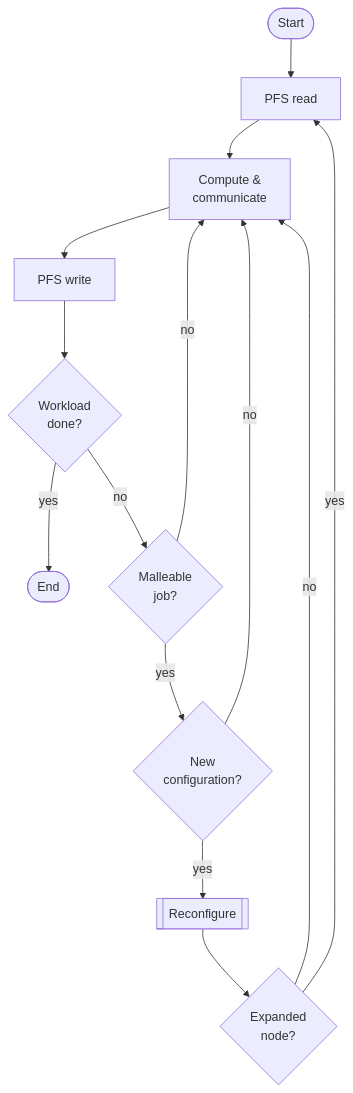
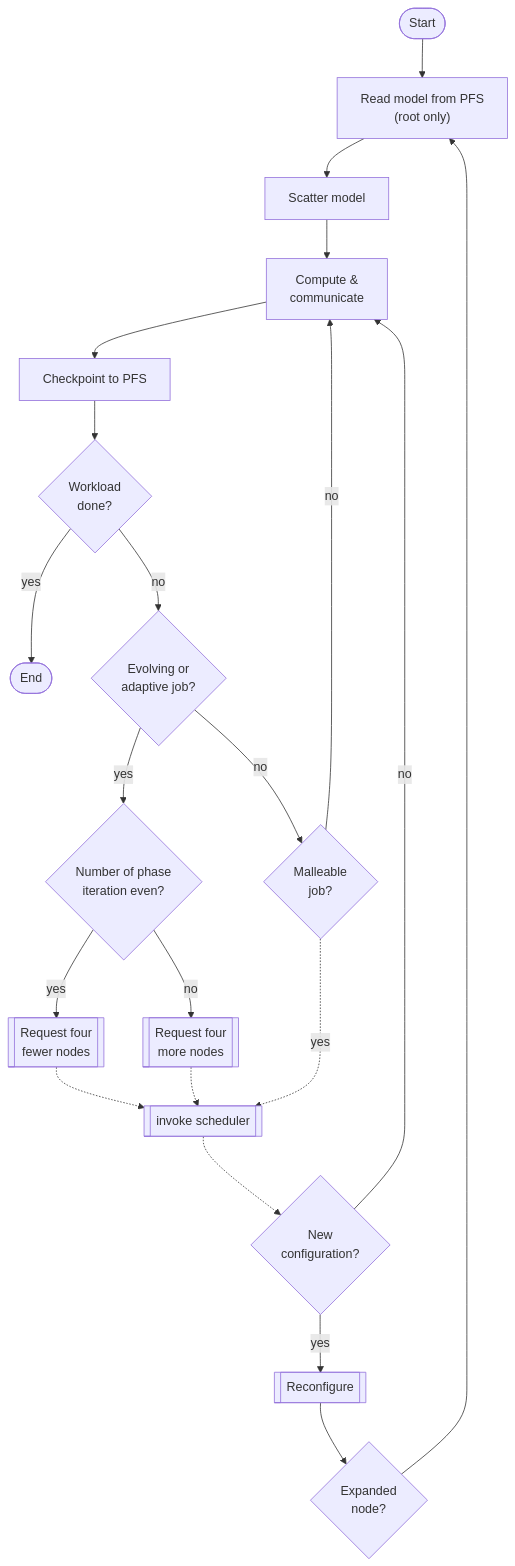
The diagram in get-started/quickstart.md (elastisim/elastisim.github.io), drawn with Mermaid before and after one commit. The commit also changed other lines of this file and 10 other files, not shown here.

Commit message:
Document evolving and adaptive jobs, update corresponding sections, and add general remarks

````diff
--- a/get-started/quickstart.md
+++ b/get-started/quickstart.md
@@ -53,17 +53,25 @@
 ```mermaid
 flowchart TD
     Start([Start])
-    Start --> Read[PFS read]
-    Read --> Compute[Compute &<br>communicate]
-    Compute --> Write[PFS write]
+    Start --> Read["Read model from PFS<br>(root only)"]
+    Read --> Scatter[Scatter model]
+    Scatter --> Compute[Compute &<br>communicate]
+    Compute --> Write[Checkpoint to PFS]
     Write --> WD{Workload<br>done?}
     WD -->|yes| Stop([End])
-    WD -->|no| Mall{Malleable<br>job?}
-    Mall -->|yes| NC{New<br>configuration?}
+    WD -->|no| Evol{Evolving or<br>adaptive job?}
+    Evol -->|yes| Even{Number of phase<br>iteration even?}
+    Evol -->|no| Mall{Malleable<br>job?}
+    Even -->|yes| Req_more[[Request four<br>fewer nodes]]
+    Even -->|no| Req_fewer[[Request four<br>more nodes]]
+    Req_more -.-> Inv
+    Req_fewer -.-> Inv
+    Mall -.->|yes| Inv
+    Inv[[invoke scheduler]]
+    Inv -.-> NC{New<br>configuration?}
     Mall -->|no| Compute
     NC -->|no| Compute
     NC -->|yes| Reconf[[Reconfigure]]
     Reconf --> Expanded{Expanded<br>node?}
-    Expanded -->|no|Compute
-    Expanded -->|yes|Read
+    Expanded --> Read
 ```
````
